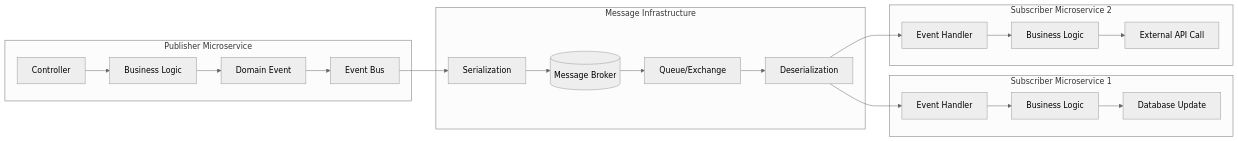
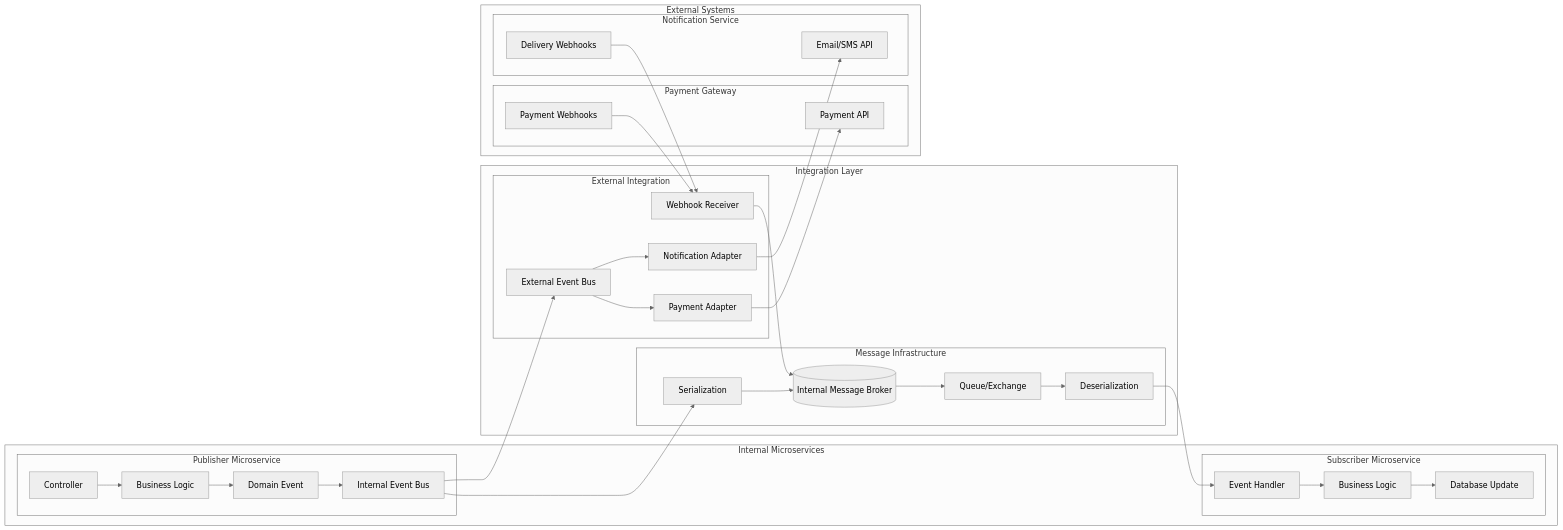
The sixth of 11 diagrams in ARCHITECTURE_FLOW.md (nakhmadaliev-webase/integration_bus), drawn with Mermaid (neutral theme) before and after one commit. The commit also changed other lines of this file and 23 other files, not shown here.

First line of the commit message:
Add External Integration Bus with comprehensive features

````diff
--- a/ARCHITECTURE_FLOW.md
+++ b/ARCHITECTURE_FLOW.md
@@ -215,32 +308,63 @@
 ```mermaid
 flowchart LR
-    subgraph "Publisher Microservice"
-        P1[Controller] --> P2[Business Logic]
-        P2 --> P3[Domain Event]
-        P3 --> P4[Event Bus]
+    subgraph "Internal Microservices"
+        subgraph "Publisher Microservice"
+            P1[Controller] --> P2[Business Logic]
+            P2 --> P3[Domain Event]
+            P3 --> P4[Internal Event Bus]
+        end
+        
+        subgraph "Subscriber Microservice"
+            C1[Event Handler] --> C2[Business Logic]
+            C2 --> C3[Database Update]
+        end
     end
     
-    subgraph "Message Infrastructure"
-        MB1[(Message Broker)]
-        Q1[Queue/Exchange]
-        S1[Serialization]
-        S2[Deserialization]
+    subgraph "Integration Layer"
+        subgraph "Message Infrastructure"
+            MB1[(Internal Message Broker)]
+            Q1[Queue/Exchange]
+            S1[Serialization]
+            S2[Deserialization]
+        end
+        
+        subgraph "External Integration"
+            EEB[External Event Bus]
+            PGA[Payment Adapter]
+            NSA[Notification Adapter]
+            WHR[Webhook Receiver]
+        end
     end
     
-    subgraph "Subscriber Microservice 1"
-        C1[Event Handler] --> C2[Business Logic]
-        C2 --> C3[Database Update]
+    subgraph "External Systems"
+        subgraph "Payment Gateway"
+            PG[Payment API]
+            PGWH[Payment Webhooks]
+        end
+        
+        subgraph "Notification Service"
+            NS[Email/SMS API]
+            NSWH[Delivery Webhooks]
+        end
     end
     
-    subgraph "Subscriber Microservice 2"
-        D1[Event Handler] --> D2[Business Logic]
-        D2 --> D3[External API Call]
-    end
-    
+    %% Internal flow
     P4 --> S1
     S1 --> MB1
     MB1 --> Q1
     Q1 --> S2
     S2 --> C1
-    S2 --> D1
+    
+    %% External integration flow
+    P4 --> EEB
+    EEB --> PGA
+    EEB --> NSA
+    
+    PGA --> PG
+    NSA --> NS
+    
+    %% Webhook flow
+    PGWH --> WHR
+    NSWH --> WHR
+    WHR --> MB1
 ```
````
